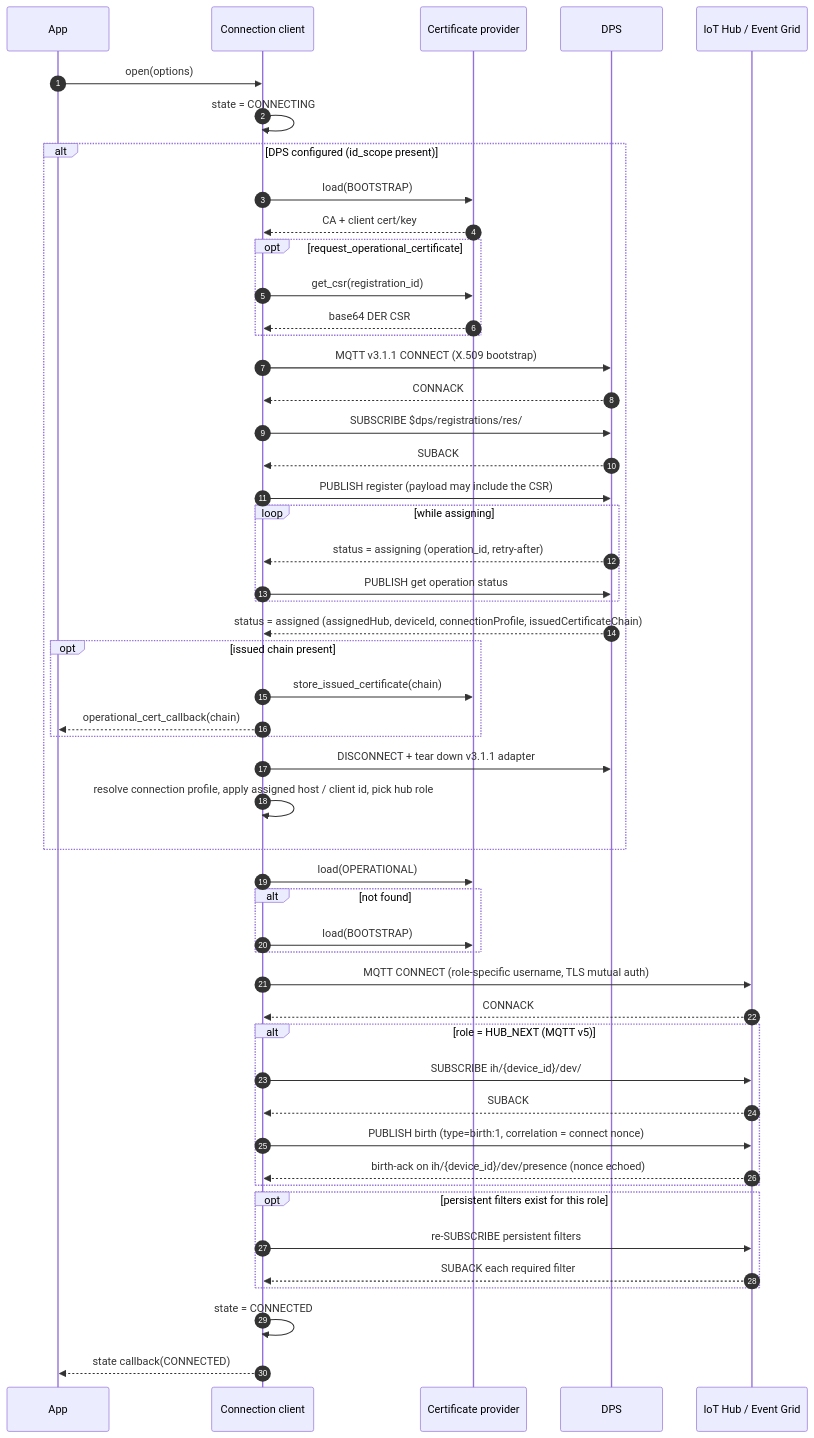
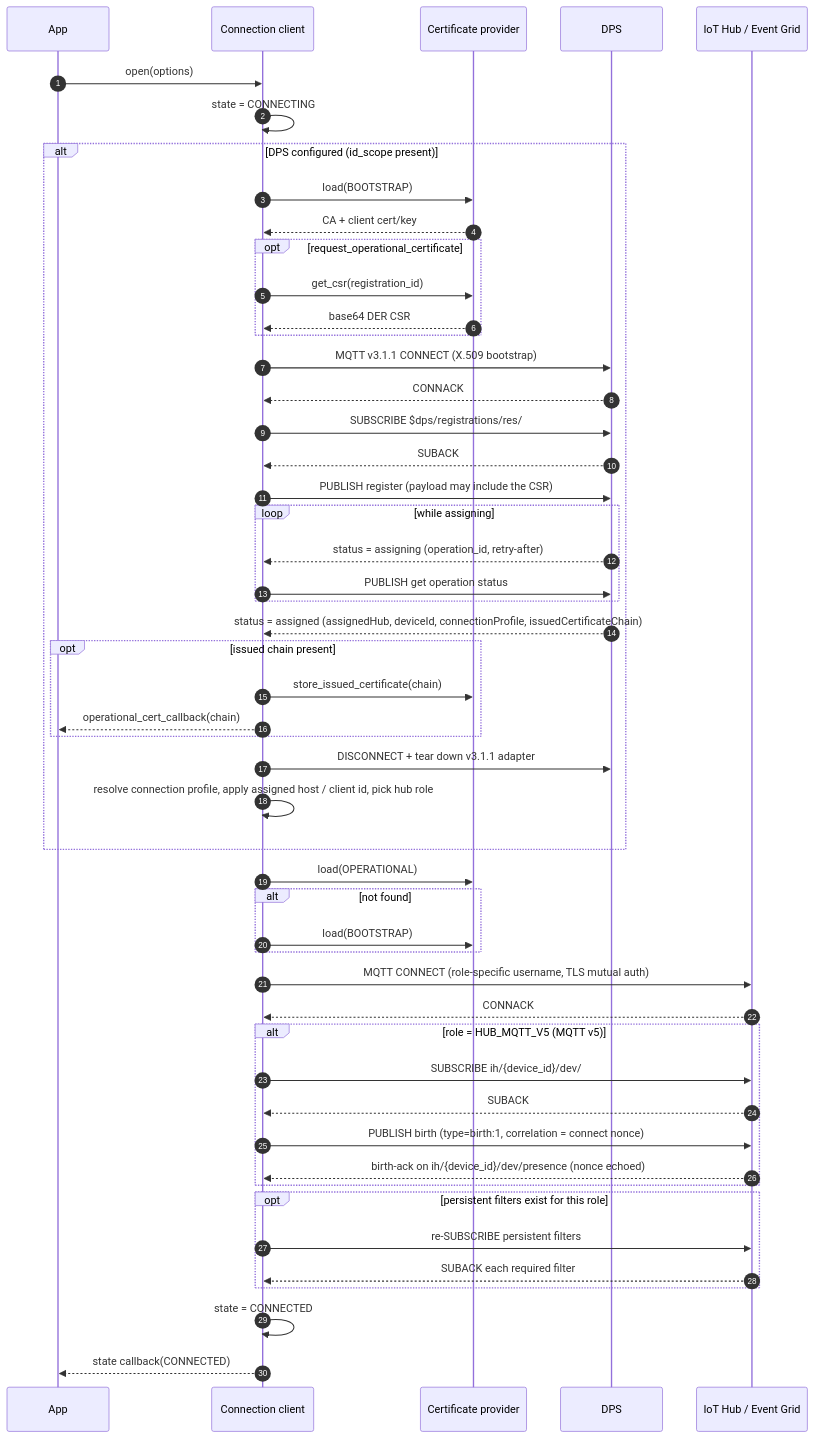
One commit to Azure/azure-iot-sdk changed the third of 9 diagrams in c/docs/connection.md. Above: the diagram before and after it, drawn with Mermaid. The commit also changed other lines of this file and 98 other files, not shown here.

````diff
--- a/c/docs/connection.md
+++ b/c/docs/connection.md
@@ -107,58 +107,58 @@
 ```mermaid
 sequenceDiagram
     autonumber
     participant App
     participant Conn as Connection client
     participant Cert as Certificate provider
     participant DPS
     participant Hub as IoT Hub / Event Grid
 
     App->>Conn: open(options)
     Conn->>Conn: state = CONNECTING
 
     alt DPS configured (id_scope present)
         Conn->>Cert: load(BOOTSTRAP)
         Cert-->>Conn: CA + client cert/key
         opt request_operational_certificate
             Conn->>Cert: get_csr(registration_id)
             Cert-->>Conn: base64 DER CSR
         end
         Conn->>DPS: MQTT v3.1.1 CONNECT (X.509 bootstrap)
         DPS-->>Conn: CONNACK
         Conn->>DPS: SUBSCRIBE $dps/registrations/res/#
         DPS-->>Conn: SUBACK
         Conn->>DPS: PUBLISH register (payload may include the CSR)
         loop while assigning
             DPS-->>Conn: status = assigning (operation_id, retry-after)
             Conn->>DPS: PUBLISH get operation status
         end
         DPS-->>Conn: status = assigned (assignedHub, deviceId, connectionProfile, issuedCertificateChain)
         opt issued chain present
             Conn->>Cert: store_issued_certificate(chain)
             Conn-->>App: operational_cert_callback(chain)
         end
         Conn->>DPS: DISCONNECT + tear down v3.1.1 adapter
         Conn->>Conn: resolve connection profile, apply assigned host / client id, pick hub role
     end
 
     Conn->>Cert: load(OPERATIONAL)
     alt not found
         Conn->>Cert: load(BOOTSTRAP)
     end
     Conn->>Hub: MQTT CONNECT (role-specific username, TLS mutual auth)
     Hub-->>Conn: CONNACK
 
-    alt role = HUB_NEXT (MQTT v5)
+    alt role = HUB_MQTT_V5 (MQTT v5)
         Conn->>Hub: SUBSCRIBE ih/{device_id}/dev/# (QoS 1)
         Hub-->>Conn: SUBACK
         Conn->>Hub: PUBLISH birth (type=birth:1, correlation = connect nonce)
         Hub-->>Conn: birth-ack on ih/{device_id}/dev/presence (nonce echoed)
     end
 
     opt persistent filters exist for this role
       Conn->>Hub: re-SUBSCRIBE persistent filters
       Hub-->>Conn: SUBACK each required filter
     end
     Conn->>Conn: state = CONNECTED
     Conn-->>App: state callback(CONNECTED)
 ```
````
